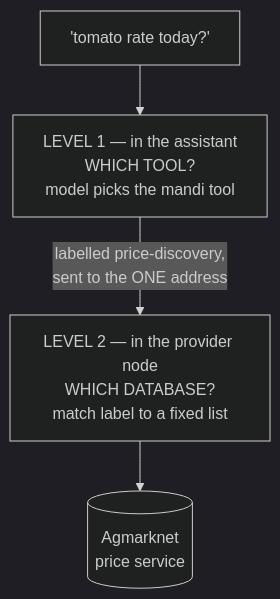
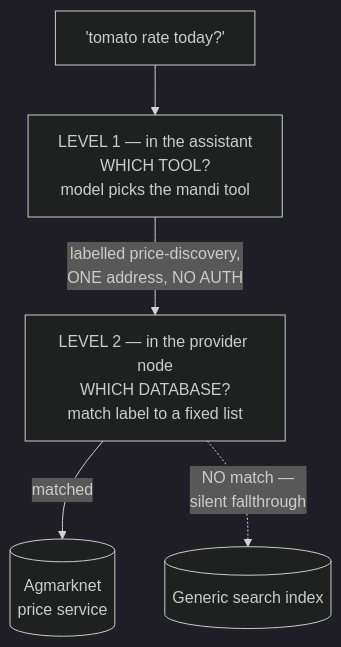
The third of 5 diagrams in ARCHITECTURE.md (manjudr/documents), drawn with Mermaid (dark theme) before and after one commit. The commit also changed other lines of this file, not shown here.

Commit message:
Complete publish and discover diagrams: auth, shared app, tables, fallthrough

````diff
--- a/ARCHITECTURE.md
+++ b/ARCHITECTURE.md
@@ -222,6 +227,7 @@
 ```mermaid
 graph TD
   Q["'tomato rate today?'"] --> L1["LEVEL 1 — in the assistant<br/>WHICH TOOL?<br/>model picks the mandi tool"]
-  L1 -->|"labelled price-discovery,<br/>sent to the ONE address"| L2["LEVEL 2 — in the provider node<br/>WHICH DATABASE?<br/>match label to a fixed list"]
-  L2 --> D[("Agmarknet<br/>price service")]
+  L1 -->|"labelled price-discovery,<br/>ONE address, NO AUTH"| L2["LEVEL 2 — in the provider node<br/>WHICH DATABASE?<br/>match label to a fixed list"]
+  L2 -->|"matched"| D[("Agmarknet<br/>price service")]
+  L2 -.->|"NO match —<br/>silent fallthrough"| GEN[("Generic search index")]
 ```
````
